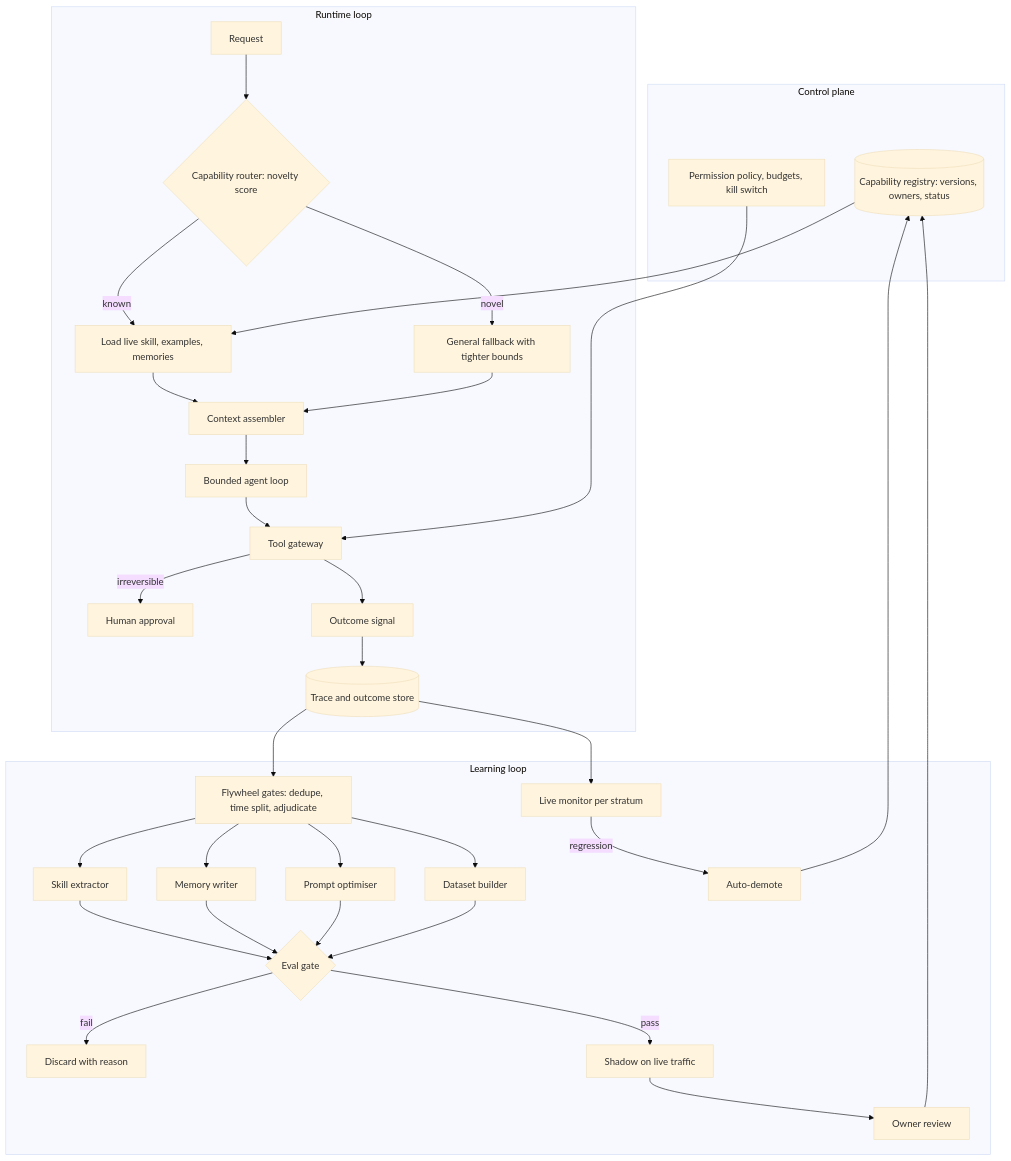
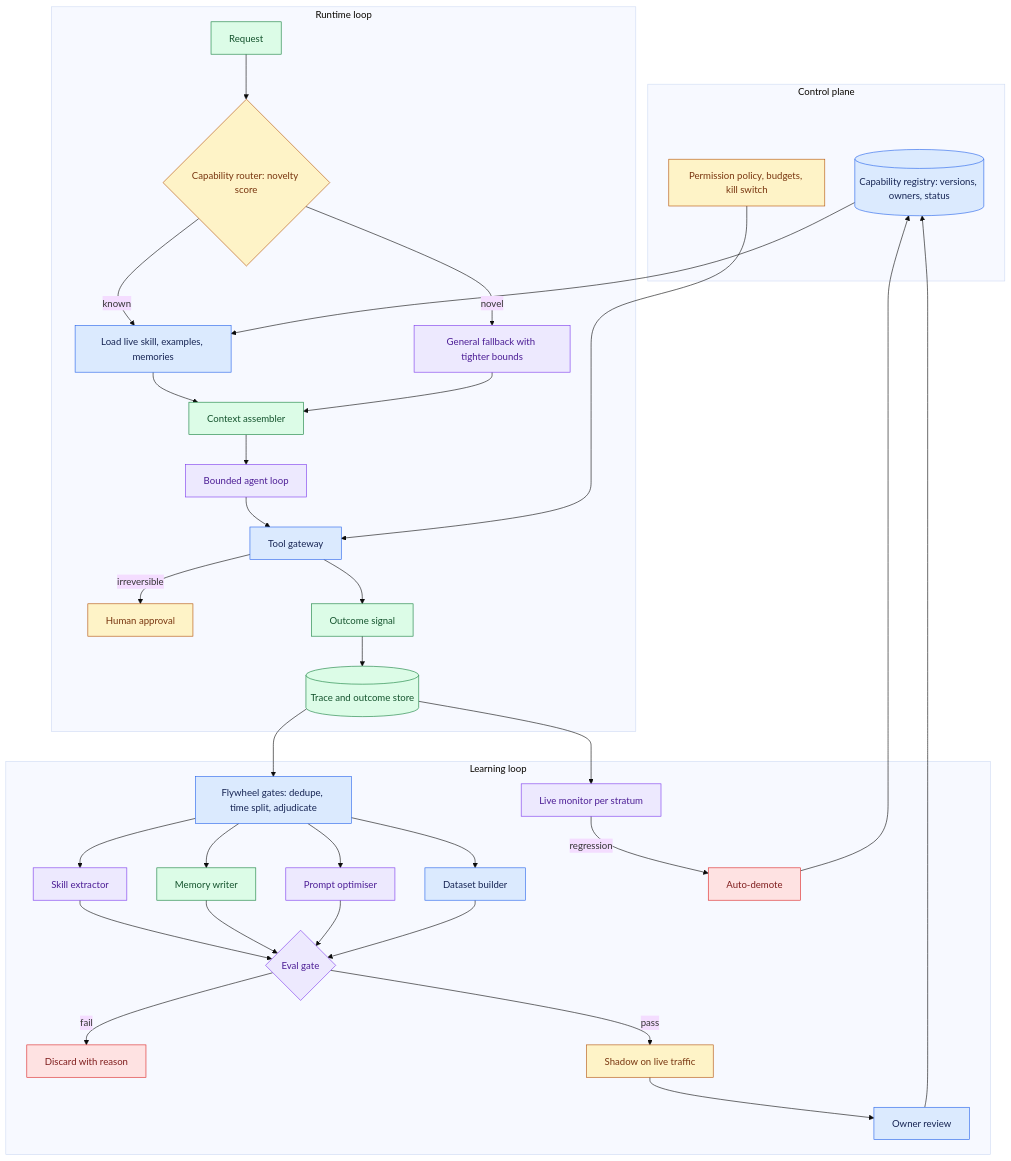
Before and after one commit to Sourav692/Forward-Deployed-Engineer-Interview-Prep: the third of 3 diagrams in site/content/modules/15-fde-case-studies/standalone-designs/self-adapting-agent/guide.md, drawn with Mermaid (base theme). The commit also changed other lines of this file and 1268 other files, not shown here.

First line of the commit message:
content: polish Casebook writing and Mermaid diagrams (#251)

````diff
--- a/site/content/modules/15-fde-case-studies/standalone-designs/self-adapting-agent/guide.md
+++ b/site/content/modules/15-fde-case-studies/standalone-designs/self-adapting-agent/guide.md
@@ -136,42 +193,54 @@
 ```mermaid
 flowchart TB
     subgraph CP[Control plane]
         REG[(Capability registry: versions, owners, status)]
         POL[Permission policy, budgets, kill switch]
     end
 
     subgraph RT[Runtime loop]
         REQ[Request] --> RTR{Capability router: novelty score}
         RTR -- known --> LOAD[Load live skill, examples, memories]
         RTR -- novel --> FB[General fallback with tighter bounds]
         LOAD --> CA[Context assembler]
         FB --> CA
         CA --> LOOP[Bounded agent loop]
         LOOP --> GW[Tool gateway]
         GW -- irreversible --> HUM[Human approval]
         GW --> OUT[Outcome signal]
         OUT --> TS[(Trace and outcome store)]
     end
 
     subgraph LL[Learning loop]
         TS --> FW[Flywheel gates: dedupe, time split, adjudicate]
         FW --> SX[Skill extractor]
         FW --> MW[Memory writer]
         FW --> PO[Prompt optimiser]
         FW --> DB[Dataset builder]
         SX --> GATE{Eval gate}
         MW --> GATE
         PO --> GATE
         DB --> GATE
         GATE -- fail --> DIS[Discard with reason]
         GATE -- pass --> SH[Shadow on live traffic]
         SH --> OWN[Owner review]
         OWN --> REG
         MON[Live monitor per stratum] -- regression --> DEM[Auto-demote]
         DEM --> REG
     end
 
     REG --> LOAD
     POL --> GW
     TS --> MON
+
+    %% Casebook colours: entry, reasoning, results, controls, and stopped paths.
+    classDef cbInput fill:#dbeafe,stroke:#2563eb,color:#172554
+    class REG,LOAD,GW,FW,DB,OWN cbInput
+    classDef cbPolicy fill:#fef3c7,stroke:#b45309,color:#78350f
+    class POL,RTR,HUM,SH cbPolicy
+    classDef cbAction fill:#dcfce7,stroke:#15803d,color:#14532d
+    class REQ,CA,OUT,TS,MW cbAction
+    classDef cbReason fill:#ede9fe,stroke:#7c3aed,color:#4c1d95
+    class FB,LOOP,SX,PO,GATE,MON cbReason
+    classDef cbStop fill:#fee2e2,stroke:#dc2626,color:#7f1d1d
+    class DIS,DEM cbStop
 ```
````
